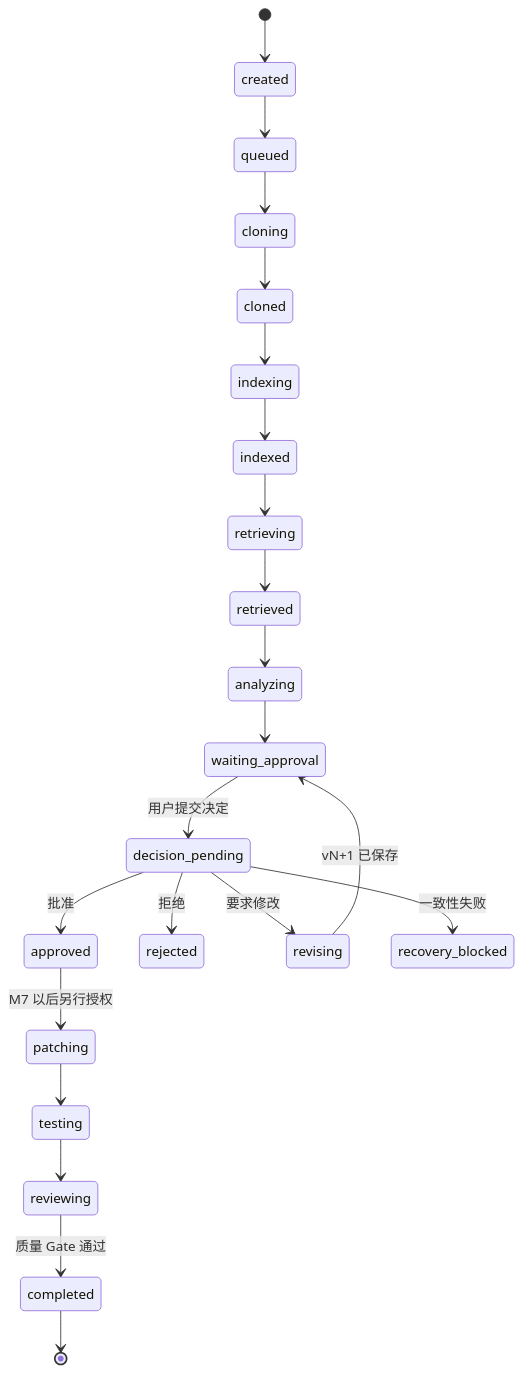
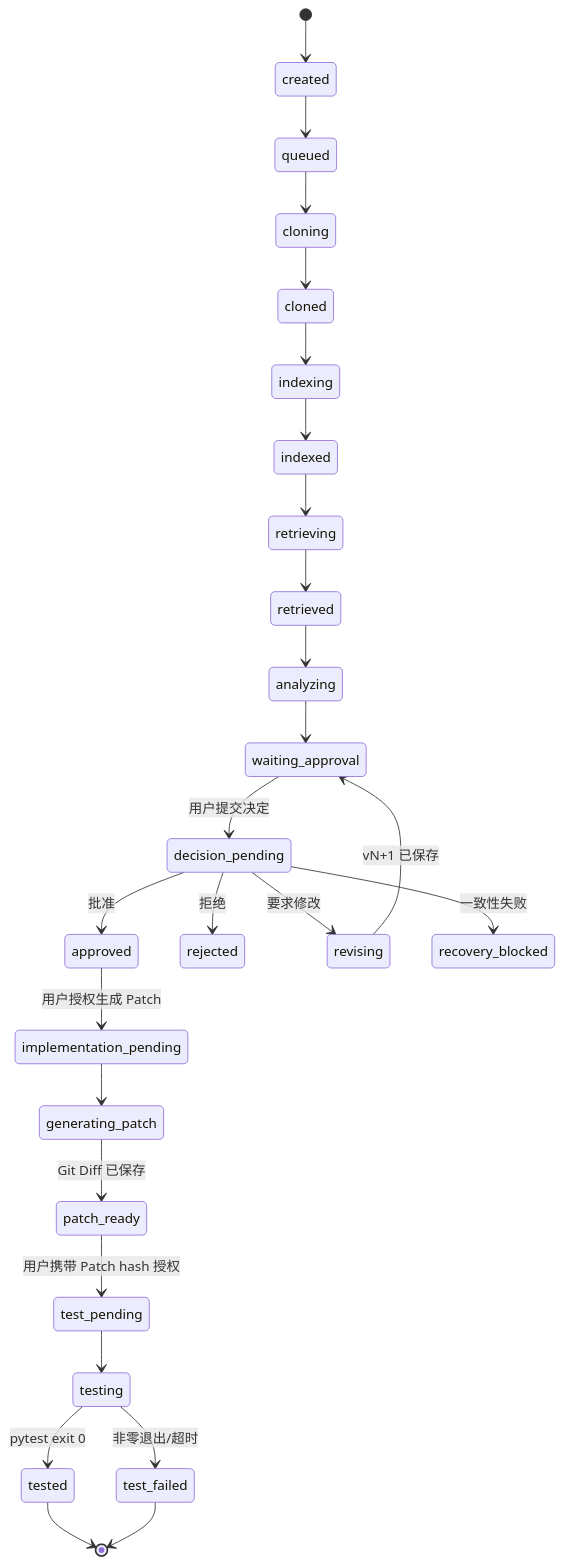
One commit to guiwenhui/IssuePilot changed the second of 2 diagrams in docs/architecture.md. Above: the diagram before and after it, drawn with Mermaid. The commit also changed other lines of this file and 57 other files, not shown here.

````diff
--- a/docs/architecture.md
+++ b/docs/architecture.md
@@ -106,24 +117,28 @@
 ```mermaid
 stateDiagram-v2
     [*] --> created
     created --> queued
     queued --> cloning
     cloning --> cloned
     cloned --> indexing
     indexing --> indexed
     indexed --> retrieving
     retrieving --> retrieved
     retrieved --> analyzing
     analyzing --> waiting_approval
     waiting_approval --> decision_pending: 用户提交决定
     decision_pending --> approved: 批准
     decision_pending --> rejected: 拒绝
     decision_pending --> revising: 要求修改
     revising --> waiting_approval: vN+1 已保存
     decision_pending --> recovery_blocked: 一致性失败
-    approved --> patching: M7 以后另行授权
-    patching --> testing
-    testing --> reviewing
-    reviewing --> completed: 质量 Gate 通过
-    completed --> [*]
+    approved --> implementation_pending: 用户授权生成 Patch
+    implementation_pending --> generating_patch
+    generating_patch --> patch_ready: Git Diff 已保存
+    patch_ready --> test_pending: 用户携带 Patch hash 授权
+    test_pending --> testing
+    testing --> tested: pytest exit 0
+    testing --> test_failed: 非零退出/超时
+    tested --> [*]
+    test_failed --> [*]
 ```
````
